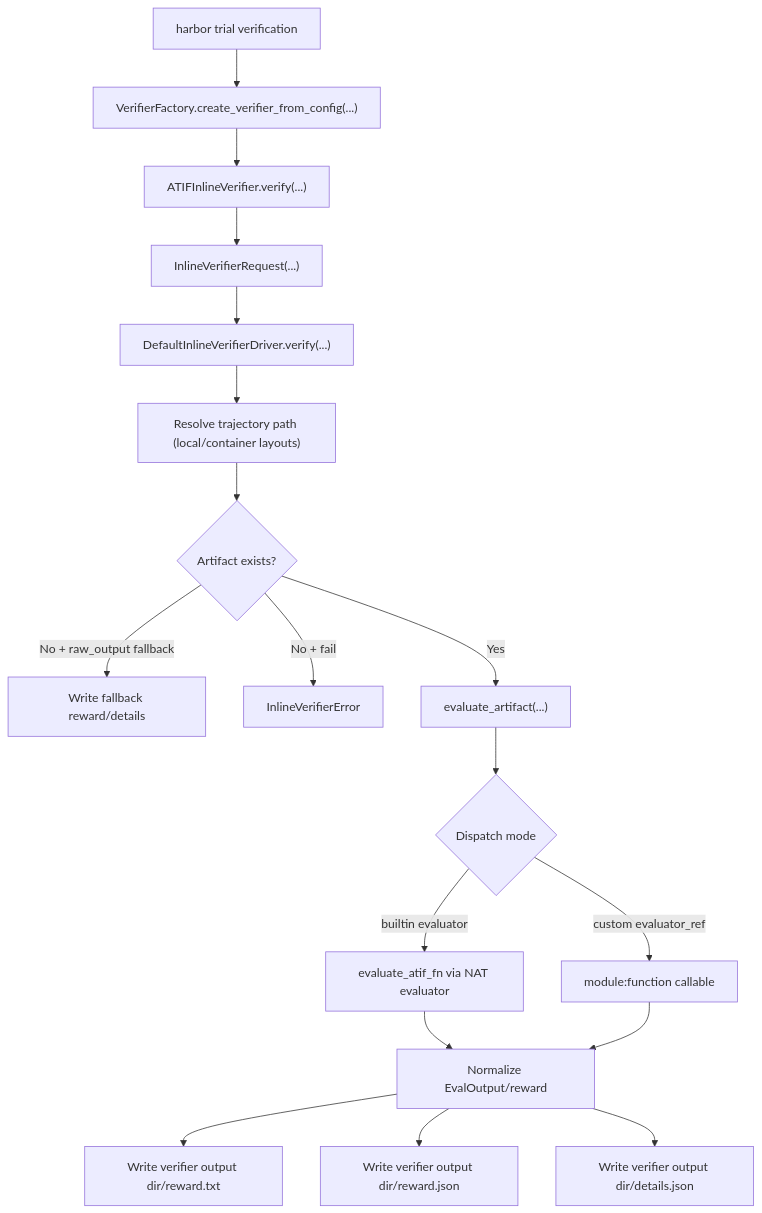
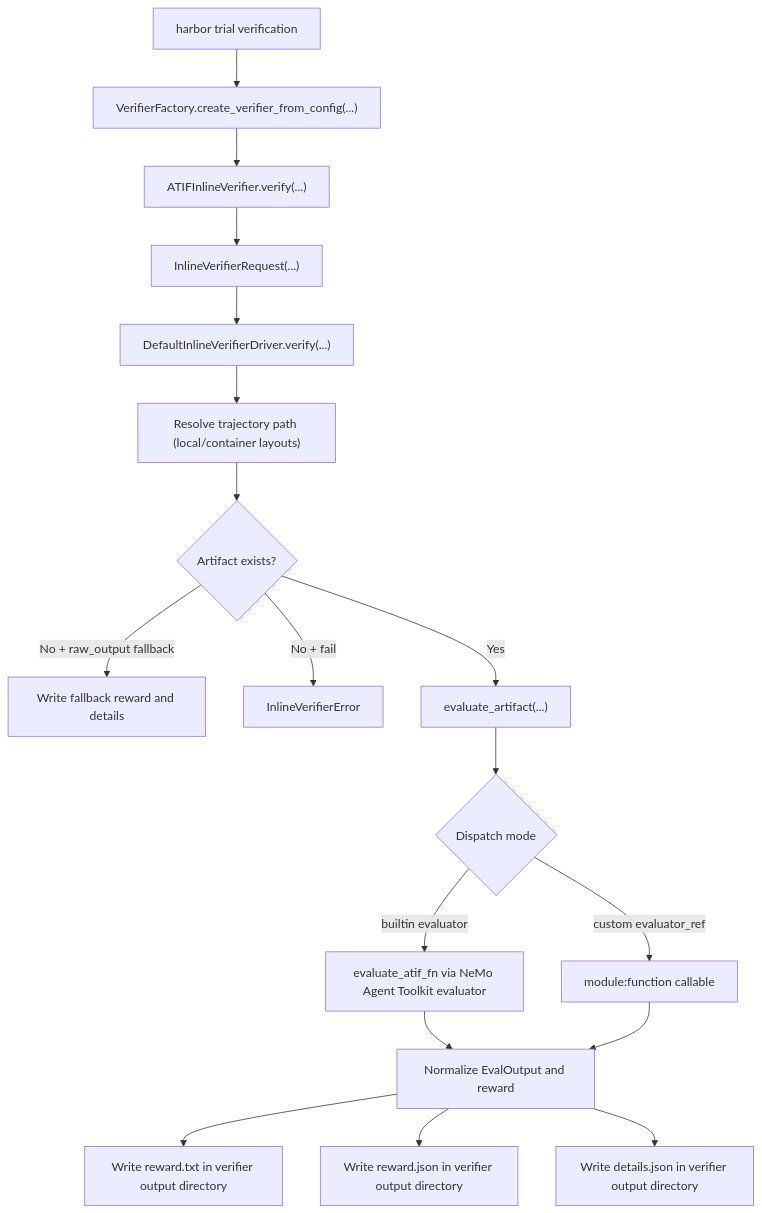
One commit to NVIDIA/NeMo-Agent-Toolkit changed the second of 2 diagrams in packages/nvidia_nat_harbor/README.md. Above: the diagram before and after it, drawn with Mermaid. The commit also changed other lines of this file and 15 other files, not shown here.

````diff
--- a/packages/nvidia_nat_harbor/README.md
+++ b/packages/nvidia_nat_harbor/README.md
@@ -170,20 +170,20 @@
 ```mermaid
 flowchart TD
   A["harbor trial verification"] --> B["VerifierFactory.create_verifier_from_config(...)"]
   B --> C["ATIFInlineVerifier.verify(...)"]
   C --> D["InlineVerifierRequest(...)"]
   D --> E["DefaultInlineVerifierDriver.verify(...)"]
   E --> F["Resolve trajectory path (local/container layouts)"]
   F --> G{"Artifact exists?"}
-  G -- "No + raw_output fallback" --> H["Write fallback reward/details"]
+  G -- "No + raw_output fallback" --> H["Write fallback reward and details"]
   G -- "No + fail" --> I["InlineVerifierError"]
   G -- "Yes" --> J["evaluate_artifact(...)"]
   J --> K{"Dispatch mode"}
-  K -- "builtin evaluator" --> L["evaluate_atif_fn via NAT evaluator"]
+  K -- "builtin evaluator" --> L["evaluate_atif_fn via NeMo Agent Toolkit evaluator"]
   K -- "custom evaluator_ref" --> M["module:function callable"]
-  L --> N["Normalize EvalOutput/reward"]
+  L --> N["Normalize EvalOutput and reward"]
   M --> N
-  N --> O["Write verifier output dir/reward.txt"]
-  N --> P["Write verifier output dir/reward.json"]
-  N --> Q["Write verifier output dir/details.json"]
+  N --> O["Write reward.txt in verifier output directory"]
+  N --> P["Write reward.json in verifier output directory"]
+  N --> Q["Write details.json in verifier output directory"]
 ```
````
